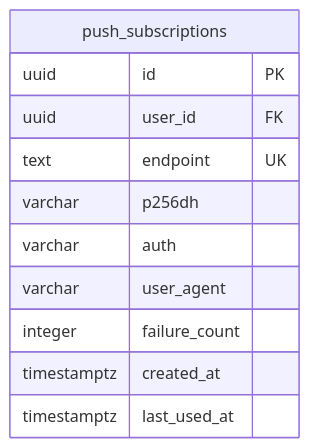
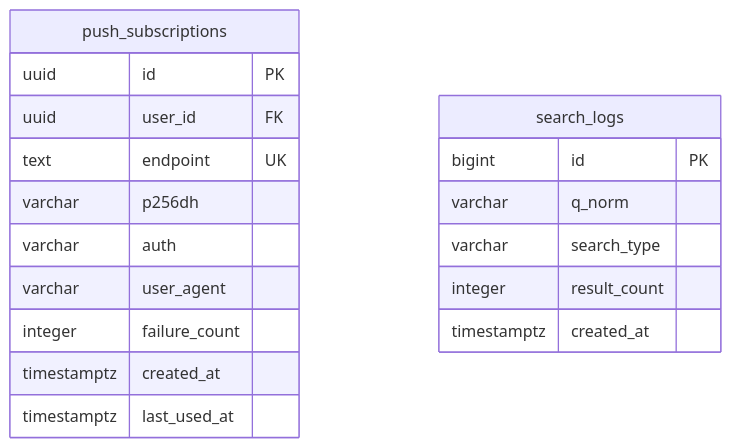
The sixth of 6 diagrams in docs/diagrams/04-erd.md (nhatcoi/pu-connect), drawn with Mermaid before and after one commit. The commit also changed other lines of this file and 5 other files, not shown here.

Commit message:
docs(search): design and business rules, flow, ERD, roles backlog

````diff
--- a/docs/diagrams/04-erd.md
+++ b/docs/diagrams/04-erd.md
@@ -377,14 +385,21 @@
 ```mermaid
 erDiagram
   push_subscriptions {
     uuid id PK
     uuid user_id FK
     text endpoint UK
     varchar p256dh
     varchar auth
     varchar user_agent
     integer failure_count
     timestamptz created_at
     timestamptz last_used_at
   }
+  search_logs {
+    bigint id PK
+    varchar q_norm
+    varchar search_type
+    integer result_count
+    timestamptz created_at
+  }
 ```
````
